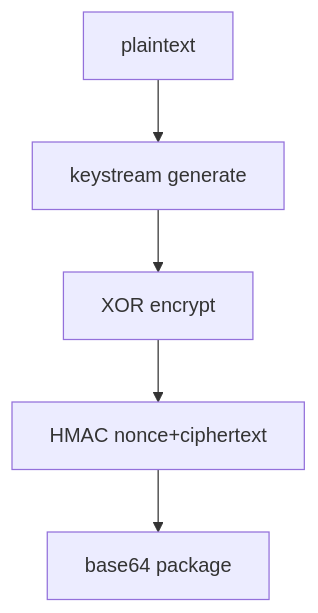
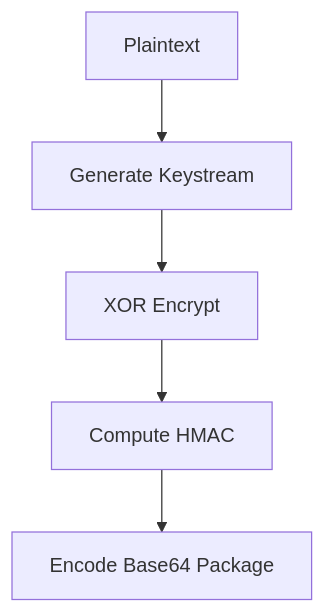
One commit to smshagor-dev/Next-Gen-Blockchain-for-Vehicle-Security changed the fifth of 33 diagrams in readme.md. Above: the diagram before and after it, drawn with Mermaid. The commit also changed other lines of this file and 5 other files, not shown here.

````diff
--- a/readme.md
+++ b/readme.md
@@ -415,7 +416,7 @@
 ```mermaid
 flowchart TD
-    A[plaintext] --> B[keystream generate]
-    B --> C[XOR encrypt]
-    C --> D[HMAC nonce+ciphertext]
-    D --> E[base64 package]
+    A[Plaintext] --> B[Generate Keystream]
+    B --> C[XOR Encrypt]
+    C --> D[Compute HMAC]
+    D --> E[Encode Base64 Package]
 ```
````
